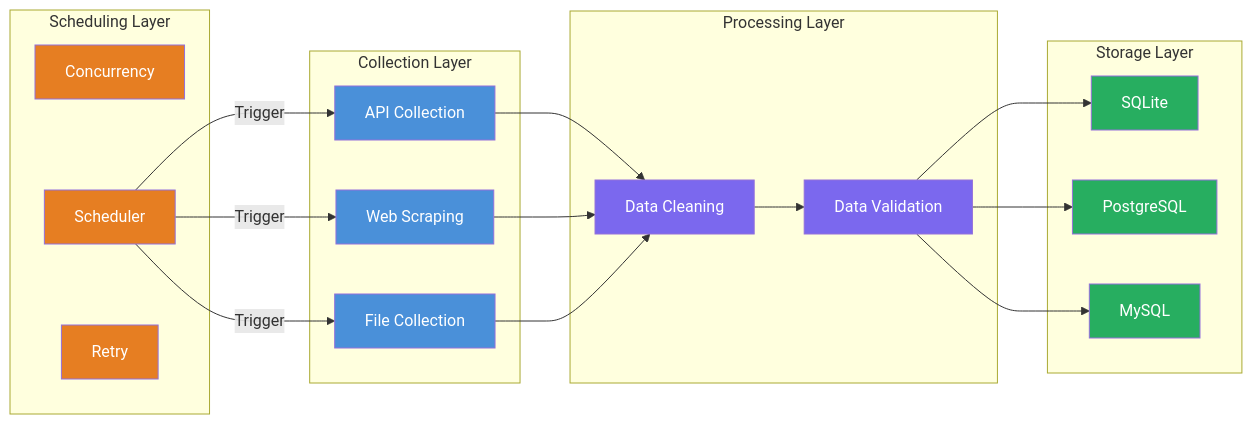
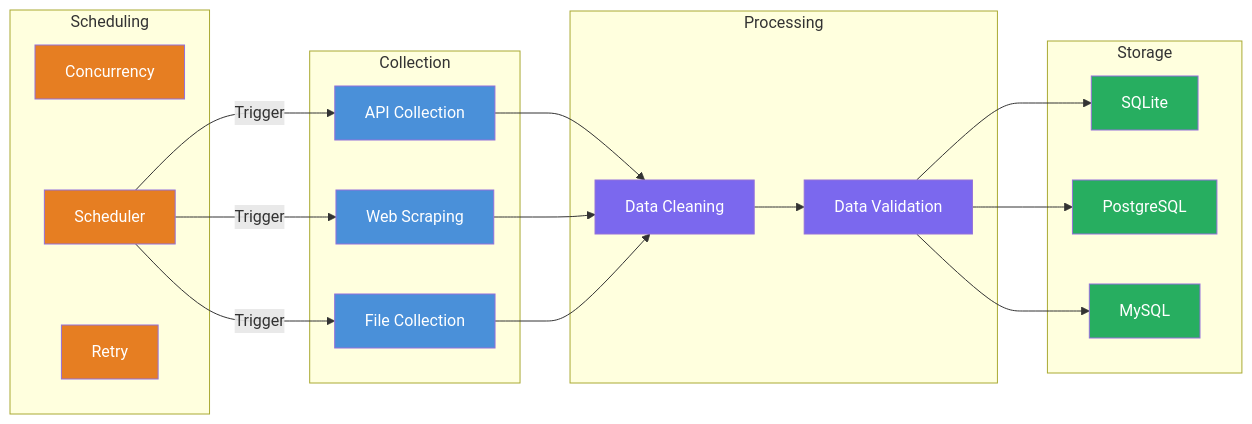
One commit to hollson/spider_awesome changed the diagram in README.en.md. Above: the diagram before and after it, drawn with Mermaid. The commit also changed other lines of this file and 2 other files, not shown here.

Commit message:
docs: 简化架构图的子图命名和注释
统一简化中英文文档里的架构子图名称，移除多余的后缀注释，让架构展示更简洁清晰

````diff
--- a/README.en.md
+++ b/README.en.md
@@ -30,42 +30,42 @@
 ```mermaid
 graph LR
-    subgraph Collection Layer
+    subgraph Collection
         A1["API Collection"]
         A2["Web Scraping"]
         A3["File Collection"]
     end
 
-    subgraph Processing Layer
+    subgraph Processing
         B1["Data Cleaning"]
         B2["Data Validation"]
     end
 
-    subgraph Storage Layer
+    subgraph Storage
         C1["SQLite"]
         C2["PostgreSQL"]
         C3["MySQL"]
     end
 
-    subgraph Scheduling Layer
+    subgraph Scheduling
         D1["Concurrency"]
         D2["Scheduler"]
         D3["Retry"]
     end
 
     A1 & A2 & A3 --> B1
     B1 --> B2
     B2 --> C1 & C2 & C3
     D2 -->|Trigger| A1 & A2 & A3
 
     style A1 fill:#4A90D9,color:#fff
     style A2 fill:#4A90D9,color:#fff
     style A3 fill:#4A90D9,color:#fff
     style B1 fill:#7B68EE,color:#fff
     style B2 fill:#7B68EE,color:#fff
     style C1 fill:#27AE60,color:#fff
     style C2 fill:#27AE60,color:#fff
     style C3 fill:#27AE60,color:#fff
     style D1 fill:#E67E22,color:#fff
     style D2 fill:#E67E22,color:#fff
     style D3 fill:#E67E22,color:#fff
 ```
````
